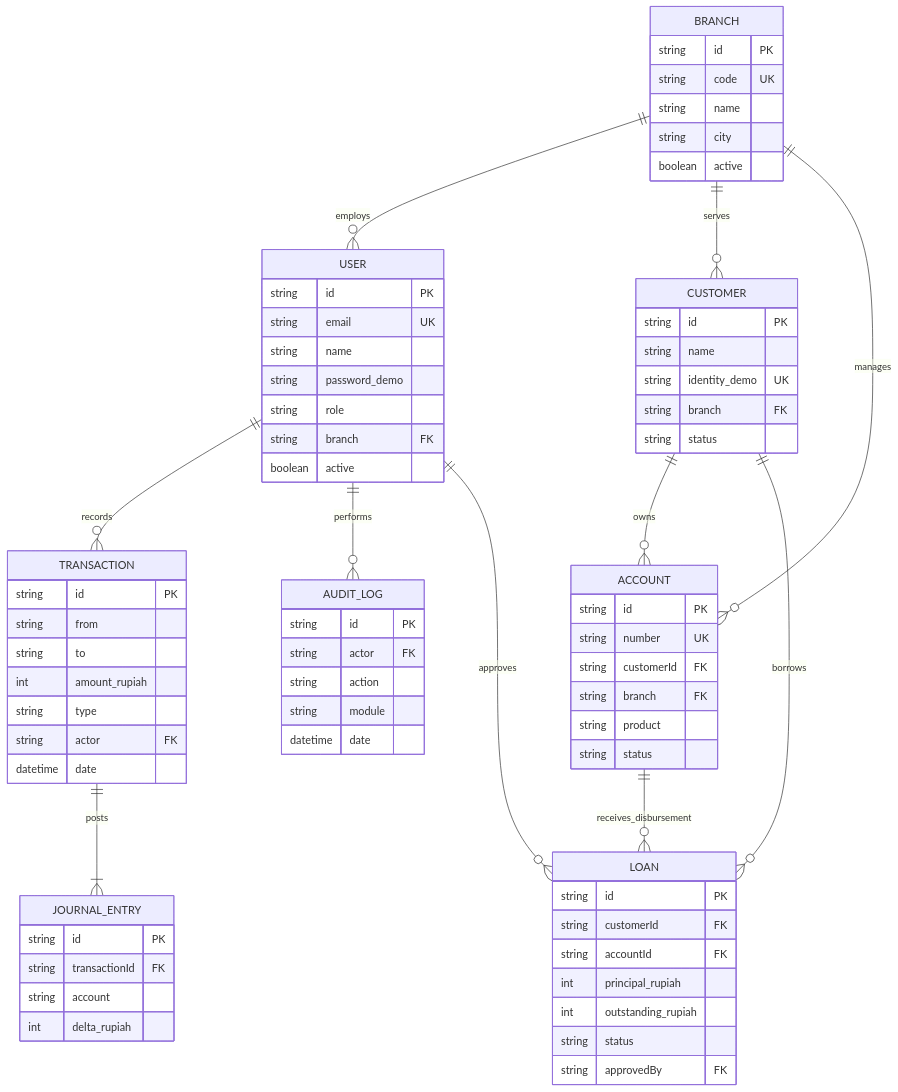
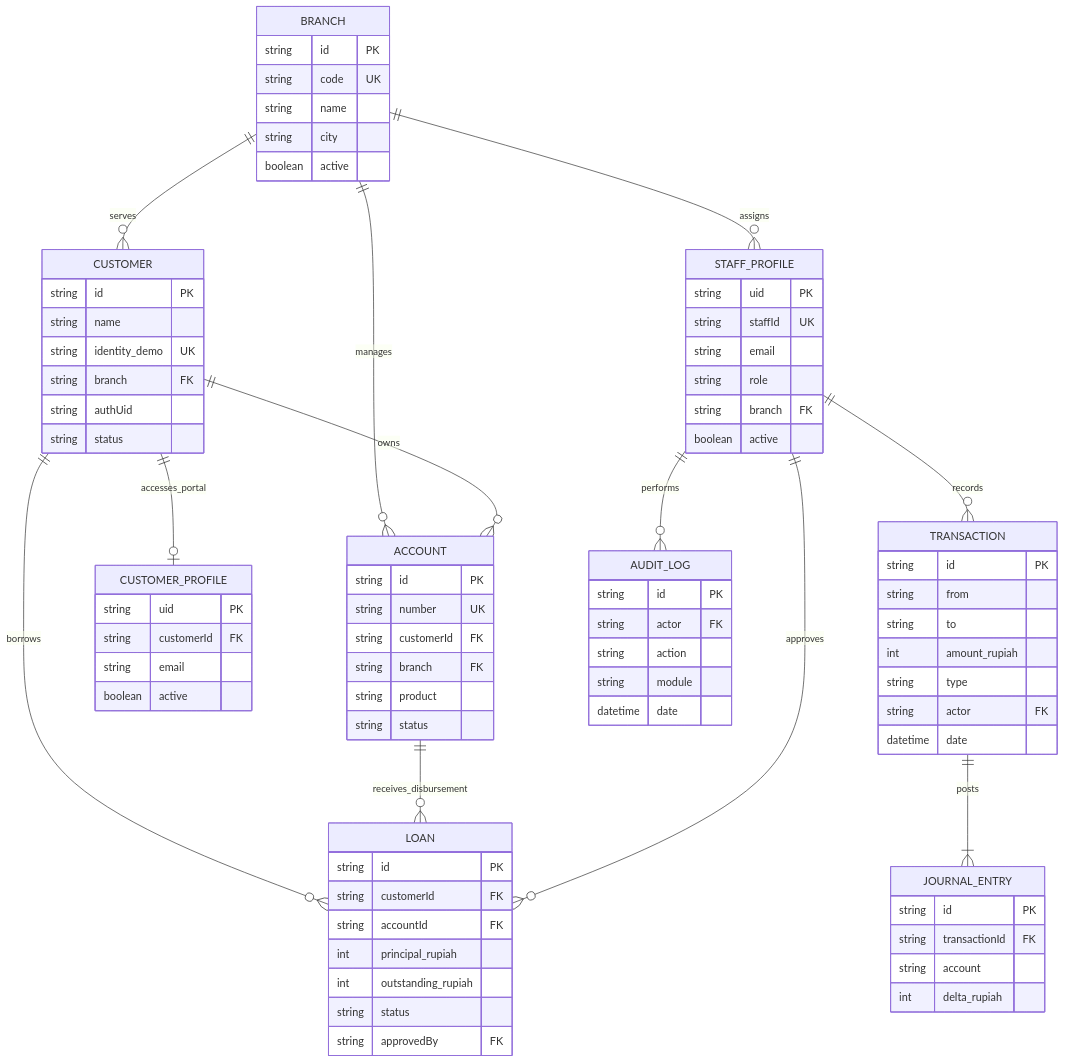
The diagram in milala-bank/docs/ERD.md (sembiringluis56-cloud/milala.bank), drawn with Mermaid before and after one commit. The commit also changed other lines of this file and 29 other files, not shown here.

````diff
--- a/milala-bank/docs/ERD.md
+++ b/milala-bank/docs/ERD.md
@@ -5,75 +5,82 @@
 ```mermaid
 erDiagram
-    BRANCH ||--o{ USER : employs
+    BRANCH ||--o{ STAFF_PROFILE : assigns
     BRANCH ||--o{ CUSTOMER : serves
     BRANCH ||--o{ ACCOUNT : manages
     CUSTOMER ||--o{ ACCOUNT : owns
+    CUSTOMER ||--o| CUSTOMER_PROFILE : accesses_portal
     CUSTOMER ||--o{ LOAN : borrows
     ACCOUNT ||--o{ LOAN : receives_disbursement
-    USER ||--o{ TRANSACTION : records
-    USER ||--o{ AUDIT_LOG : performs
+    STAFF_PROFILE ||--o{ TRANSACTION : records
+    STAFF_PROFILE ||--o{ AUDIT_LOG : performs
     TRANSACTION ||--|{ JOURNAL_ENTRY : posts
-    USER ||--o{ LOAN : approves
+    STAFF_PROFILE ||--o{ LOAN : approves
     BRANCH {
         string id PK
         string code UK
         string name
         string city
         boolean active
     }
-    USER {
-        string id PK
-        string email UK
-        string name
-        string password_demo
+    STAFF_PROFILE {
+        string uid PK
+        string staffId UK
+        string email
         string role
         string branch FK
+        boolean active
+    }
+    CUSTOMER_PROFILE {
+        string uid PK
+        string customerId FK
+        string email
         boolean active
     }
     CUSTOMER {
         string id PK
         string name
         string identity_demo UK
         string branch FK
+        string authUid
         string status
     }
     ACCOUNT {
         string id PK
         string number UK
         string customerId FK
         string branch FK
         string product
         string status
     }
     TRANSACTION {
         string id PK
         string from
         string to
         int amount_rupiah
         string type
         string actor FK
         datetime date
     }
     JOURNAL_ENTRY {
         string id PK
         string transactionId FK
         string account
         int delta_rupiah
     }
     LOAN {
         string id PK
         string customerId FK
         string accountId FK
         int principal_rupiah
         int outstanding_rupiah
         string status
         string approvedBy FK
     }
     AUDIT_LOG {
         string id PK
         string actor FK
         string action
         string module
         datetime date
     }
 ```
````
